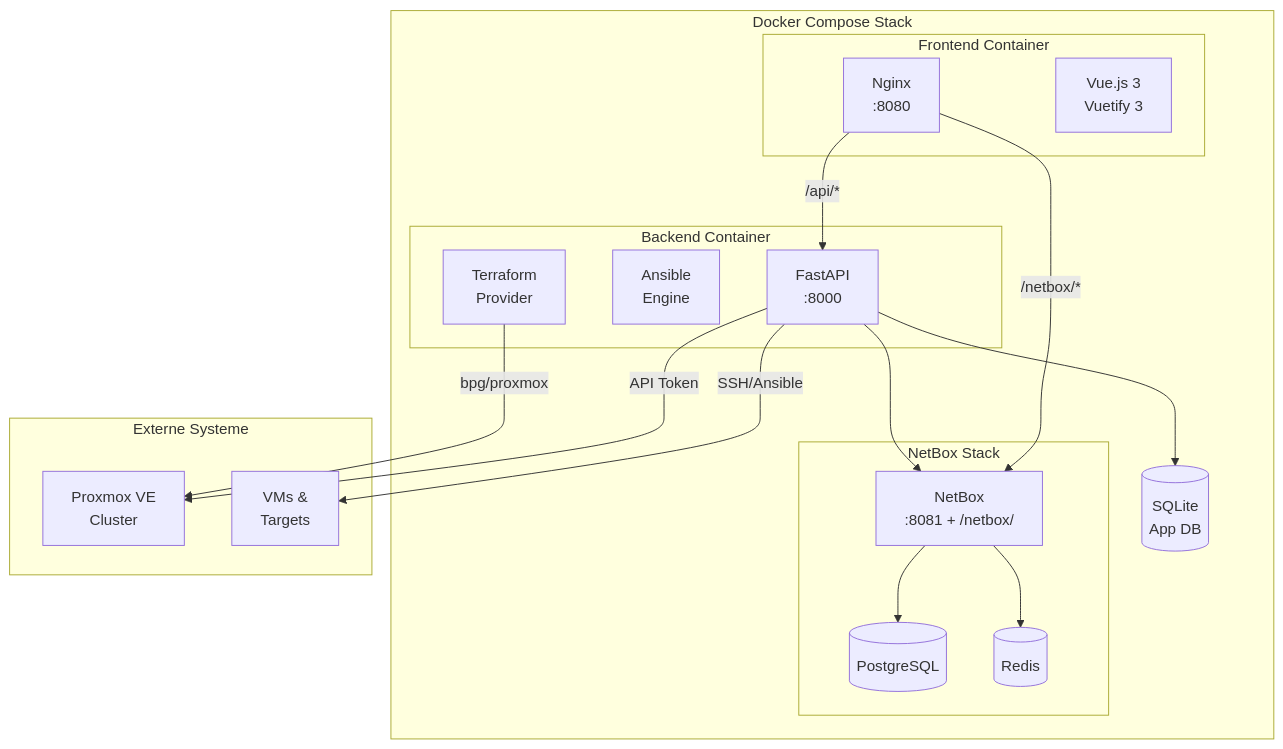
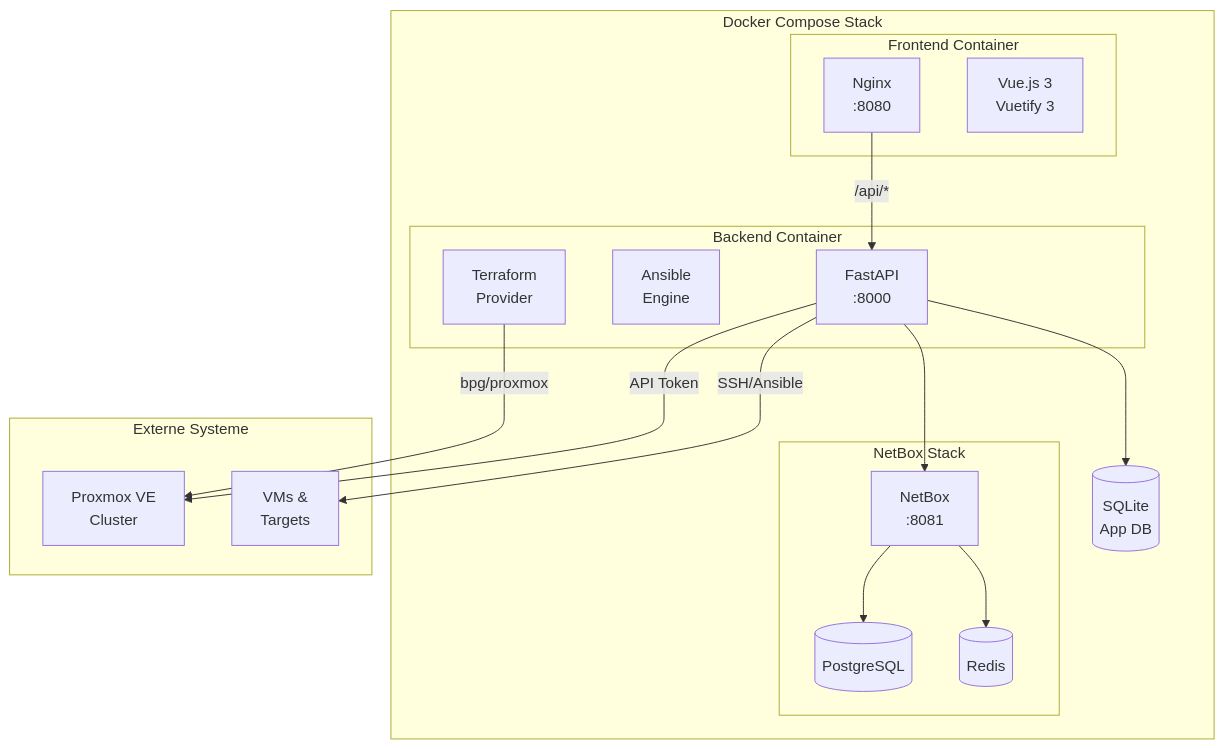
Before and after one commit to dvaper/proxmox-commander: the diagram in README.md, drawn with Mermaid. The commit also changed other lines of this file, not shown here.

````diff
--- a/README.md
+++ b/README.md
@@ -277,38 +290,37 @@
 ```mermaid
 flowchart TB
     subgraph Docker["Docker Compose Stack"]
         subgraph Frontend["Frontend Container"]
             nginx["Nginx\n:8080"]
             vue["Vue.js 3\nVuetify 3"]
         end
 
         subgraph Backend["Backend Container"]
             fastapi["FastAPI\n:8000"]
             ansible["Ansible\nEngine"]
             terraform["Terraform\nProvider"]
         end
 
         subgraph NetBoxStack["NetBox Stack"]
-            netbox["NetBox\n:8081 + /netbox/"]
+            netbox["NetBox\n:8081"]
             postgres[(PostgreSQL)]
             redis[(Redis)]
         end
 
         sqlite[(SQLite\nApp DB)]
     end
 
     subgraph External["Externe Systeme"]
         proxmox["Proxmox VE\nCluster"]
         vms["VMs &\nTargets"]
     end
 
     nginx -->|"/api/*"| fastapi
-    nginx -->|"/netbox/*"| netbox
     fastapi --> sqlite
     fastapi --> netbox
     netbox --> postgres
     netbox --> redis
     fastapi -->|"API Token"| proxmox
     fastapi -->|"SSH/Ansible"| vms
     terraform -->|"bpg/proxmox"| proxmox
 ```
````
